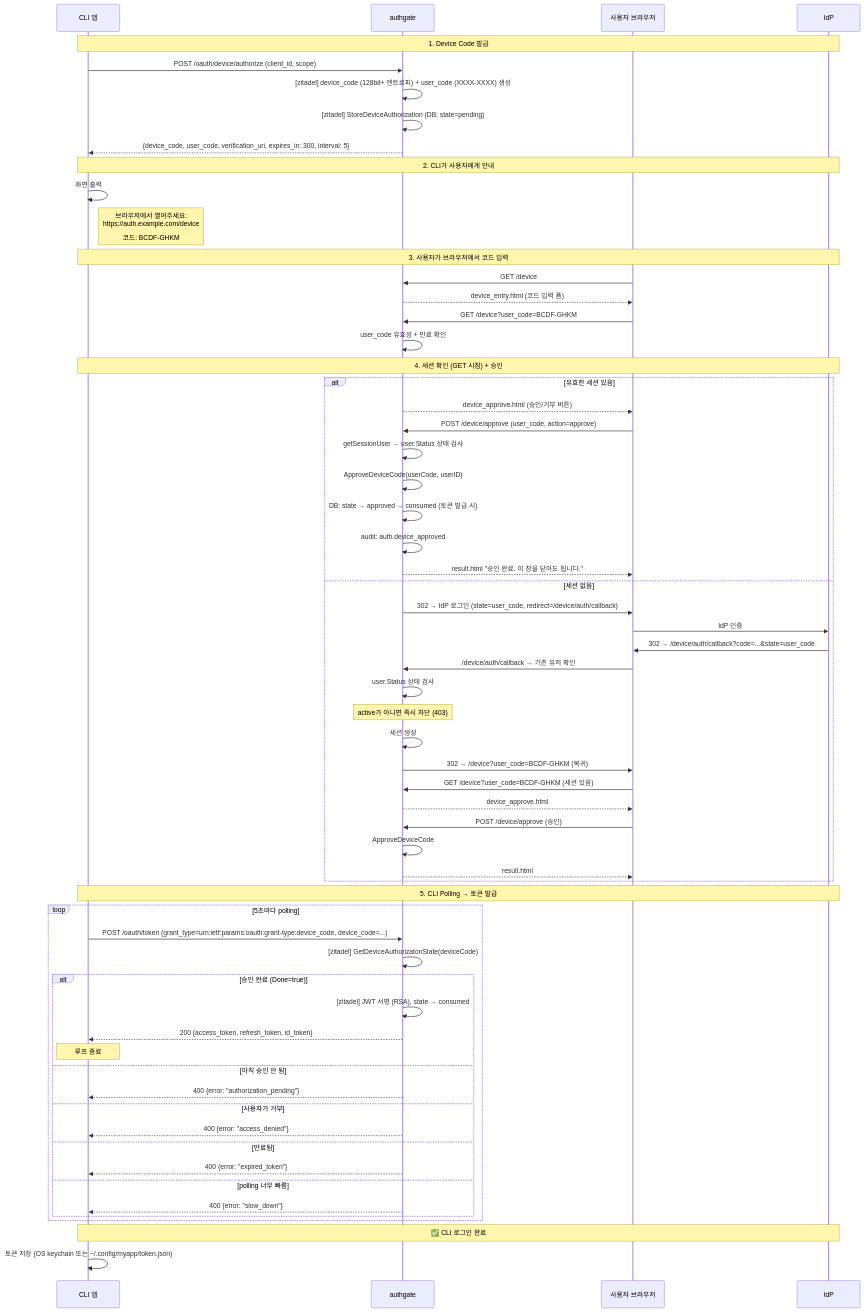
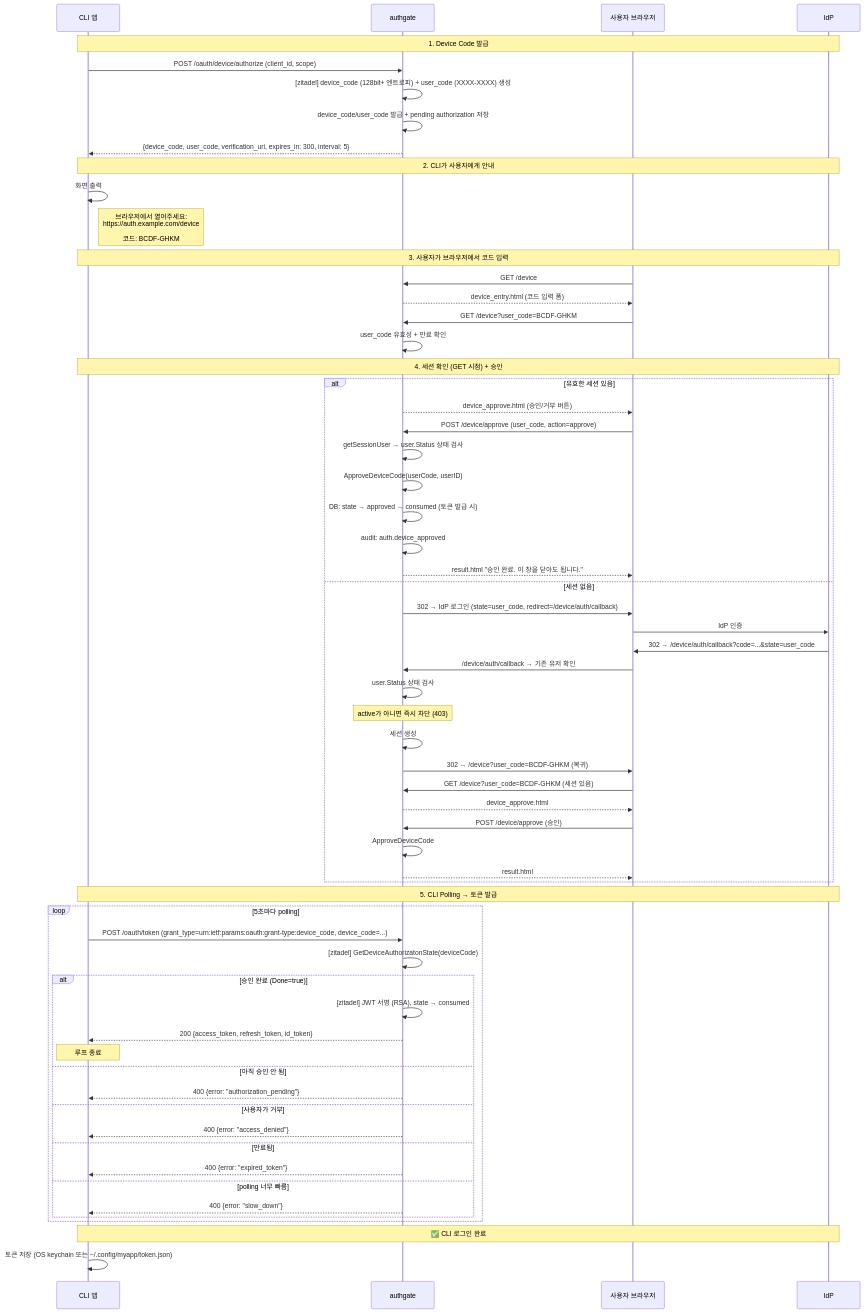
One commit to cagojeiger/authgate changed the first of 2 diagrams in docs/spec/003-device-login.md. Above: the diagram before and after it, drawn with Mermaid. The commit also changed other lines of this file and 15 other files, not shown here.

````diff
--- a/docs/spec/003-device-login.md
+++ b/docs/spec/003-device-login.md
@@ -38,70 +38,70 @@
 ```mermaid
 sequenceDiagram
     participant CLI as CLI 앱
     participant AG as authgate
     participant U as 사용자 브라우저
     participant IdP as IdP
 
     Note over CLI,IdP: 1. Device Code 발급
     CLI->>AG: POST /oauth/device/authorize (client_id, scope)
     AG->>AG: [zitadel] device_code (128bit+ 엔트로피) + user_code (XXXX-XXXX) 생성
-    AG->>AG: [zitadel] StoreDeviceAuthorization (DB: state=pending)
+    AG->>AG: device_code/user_code 발급 + pending authorization 저장
     AG-->>CLI: {device_code, user_code, verification_uri, expires_in: 300, interval: 5}
 
     Note over CLI,IdP: 2. CLI가 사용자에게 안내
     CLI->>CLI: 화면 출력
     Note right of CLI: 브라우저에서 열어주세요:<br/>https://auth.example.com/device<br/><br/>코드: BCDF-GHKM
 
     Note over CLI,IdP: 3. 사용자가 브라우저에서 코드 입력
     U->>AG: GET /device
     AG-->>U: device_entry.html (코드 입력 폼)
     U->>AG: GET /device?user_code=BCDF-GHKM
     AG->>AG: user_code 유효성 + 만료 확인
 
     Note over CLI,IdP: 4. 세션 확인 (GET 시점) + 승인
     alt 유효한 세션 있음
         AG-->>U: device_approve.html (승인/거부 버튼)
         U->>AG: POST /device/approve (user_code, action=approve)
         AG->>AG: getSessionUser → user.Status 상태 검사
         AG->>AG: ApproveDeviceCode(userCode, userID)
         AG->>AG: DB: state → approved → consumed (토큰 발급 시)
         AG->>AG: audit: auth.device_approved
         AG-->>U: result.html "승인 완료. 이 창을 닫아도 됩니다."
     else 세션 없음
         AG->>U: 302 → IdP 로그인 (state=user_code, redirect=/device/auth/callback)
         U->>IdP: IdP 인증
         IdP->>U: 302 → /device/auth/callback?code=...&state=user_code
         U->>AG: /device/auth/callback → 기존 유저 확인
         AG->>AG: user.Status 상태 검사
         Note over AG: active가 아니면 즉시 차단 (403)
         AG->>AG: 세션 생성
         AG->>U: 302 → /device?user_code=BCDF-GHKM (복귀)
         U->>AG: GET /device?user_code=BCDF-GHKM (세션 있음)
         AG-->>U: device_approve.html
         U->>AG: POST /device/approve (승인)
         AG->>AG: ApproveDeviceCode
         AG-->>U: result.html
     end
 
     Note over CLI,IdP: 5. CLI Polling → 토큰 발급
     loop 5초마다 polling
         CLI->>AG: POST /oauth/token (grant_type=urn:ietf:params:oauth:grant-type:device_code, device_code=...)
         AG->>AG: [zitadel] GetDeviceAuthorizatonState(deviceCode)
         alt 승인 완료 (Done=true)
             AG->>AG: [zitadel] JWT 서명 (RSA), state → consumed
             AG-->>CLI: 200 {access_token, refresh_token, id_token}
             Note over CLI: 루프 종료
         else 아직 승인 안 됨
             AG-->>CLI: 400 {error: "authorization_pending"}
         else 사용자가 거부
             AG-->>CLI: 400 {error: "access_denied"}
         else 만료됨
             AG-->>CLI: 400 {error: "expired_token"}
         else polling 너무 빠름
             AG-->>CLI: 400 {error: "slow_down"}
         end
     end
 
     Note over CLI,IdP: ✅ CLI 로그인 완료
     CLI->>CLI: 토큰 저장 (OS keychain 또는 ~/.config/myapp/token.json)
 ```
````
